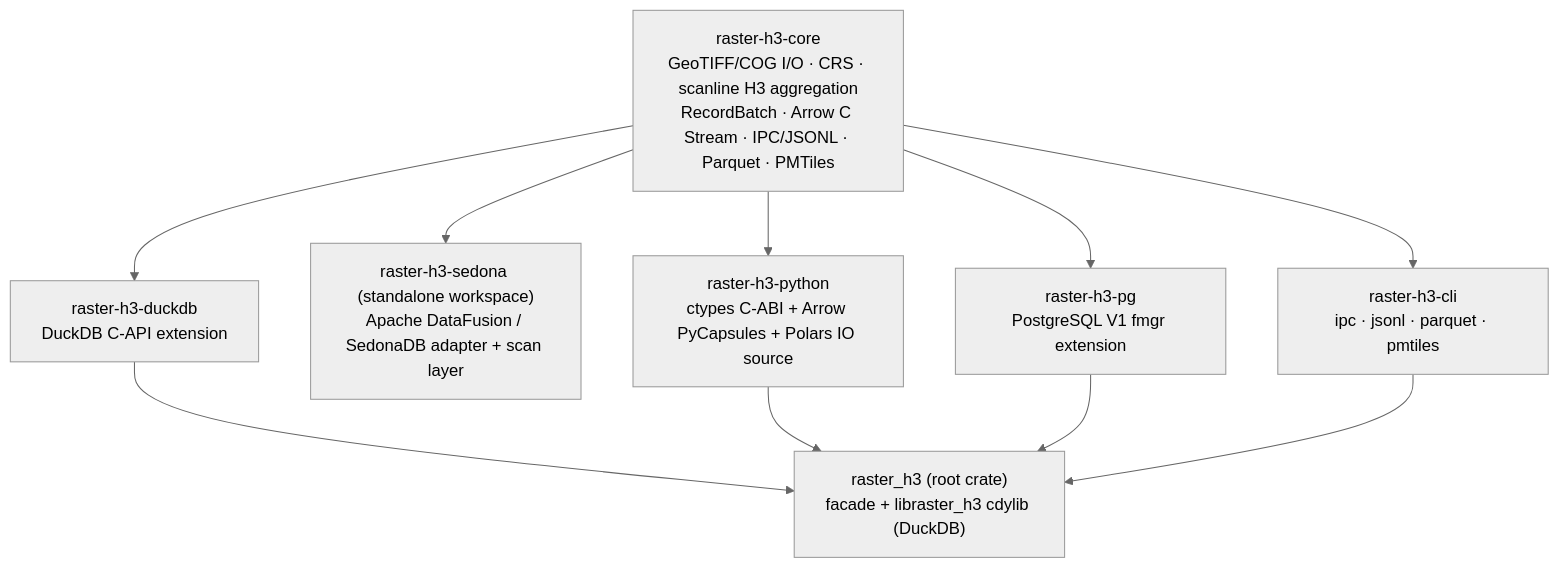
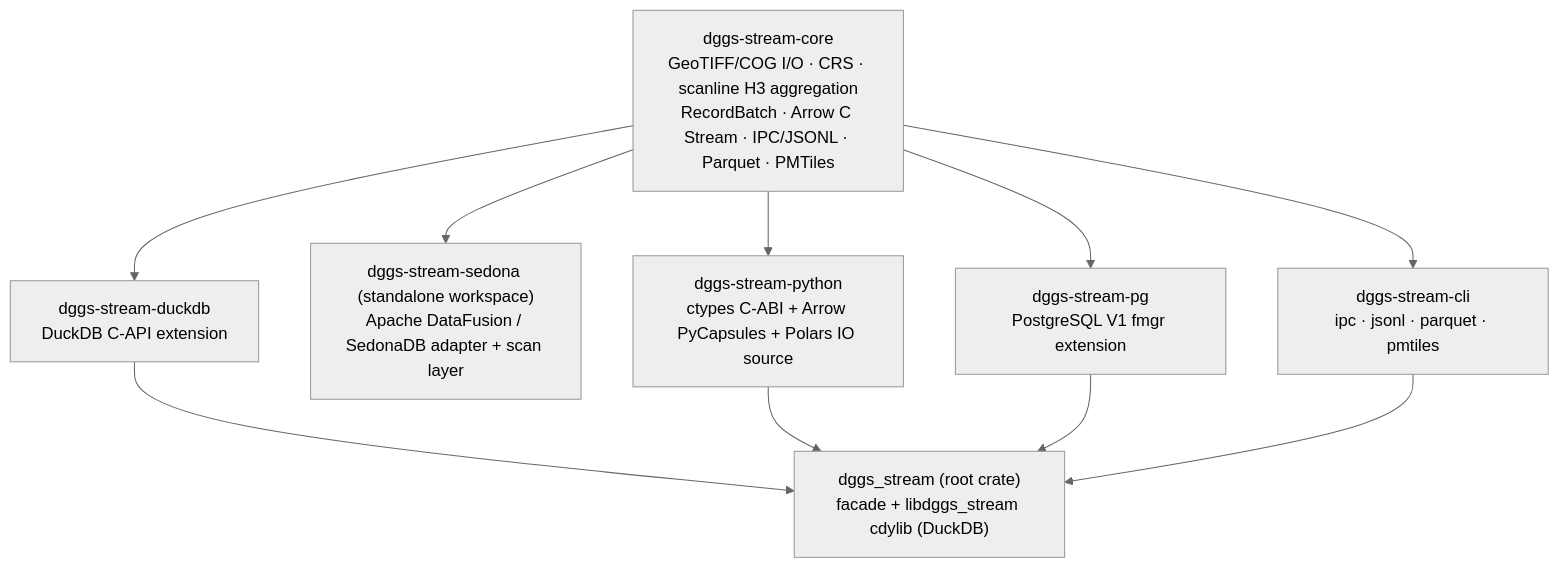
Before and after one commit to dmuldrew/dggs_stream: the diagram in docs/engines/README.md, drawn with Mermaid (neutral theme). The commit also changed other lines of this file and 587 other files, not shown here.

First line of the commit message:
Rename the project from raster_h3 to dggs_stream

````diff
--- a/docs/engines/README.md
+++ b/docs/engines/README.md
@@ -11,12 +11,12 @@
 ```mermaid
 flowchart TD
-    CORE["raster-h3-core<br/>GeoTIFF/COG I/O · CRS · scanline H3 aggregation<br/>RecordBatch · Arrow C Stream · IPC/JSONL · Parquet · PMTiles"]
-    DUCK["raster-h3-duckdb<br/>DuckDB C-API extension"]
-    SED["raster-h3-sedona (standalone workspace)<br/>Apache DataFusion / SedonaDB adapter + scan layer"]
-    PY["raster-h3-python<br/>ctypes C-ABI + Arrow PyCapsules + Polars IO source"]
-    PG["raster-h3-pg<br/>PostgreSQL V1 fmgr extension"]
-    CLI["raster-h3-cli<br/>ipc · jsonl · parquet · pmtiles"]
-    ROOT["raster_h3 (root crate)<br/>facade + libraster_h3 cdylib (DuckDB)"]
+    CORE["dggs-stream-core<br/>GeoTIFF/COG I/O · CRS · scanline H3 aggregation<br/>RecordBatch · Arrow C Stream · IPC/JSONL · Parquet · PMTiles"]
+    DUCK["dggs-stream-duckdb<br/>DuckDB C-API extension"]
+    SED["dggs-stream-sedona (standalone workspace)<br/>Apache DataFusion / SedonaDB adapter + scan layer"]
+    PY["dggs-stream-python<br/>ctypes C-ABI + Arrow PyCapsules + Polars IO source"]
+    PG["dggs-stream-pg<br/>PostgreSQL V1 fmgr extension"]
+    CLI["dggs-stream-cli<br/>ipc · jsonl · parquet · pmtiles"]
+    ROOT["dggs_stream (root crate)<br/>facade + libdggs_stream cdylib (DuckDB)"]
     CORE --> DUCK & SED & PY & PG & CLI
     DUCK & PY & PG & CLI --> ROOT
 ```
````
